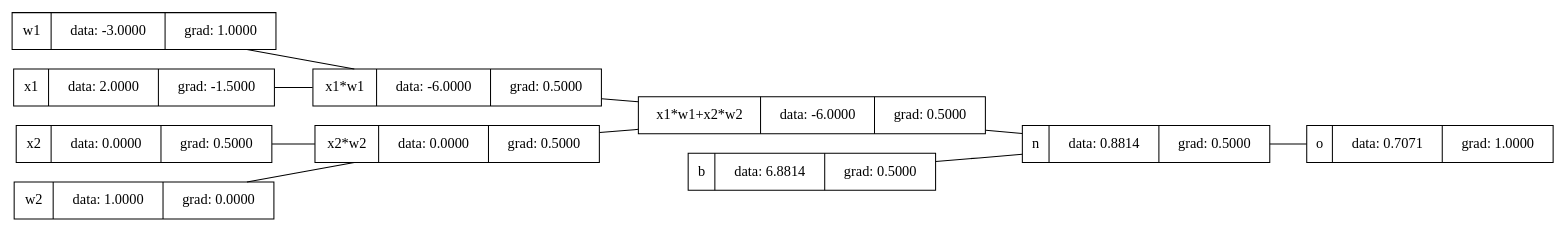
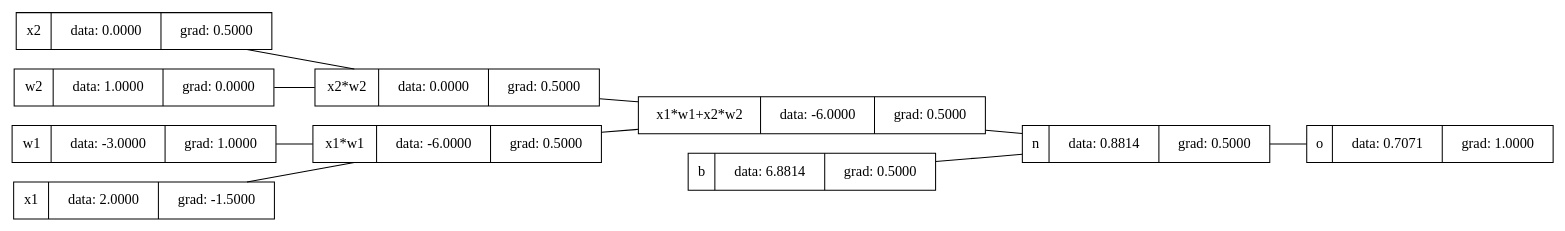
The diagram in graph/graph_o2.gv (iiam33/tiny-autograd), drawn with Graphviz before and after one commit. The commit also changed 2 other files, not shown here.

```diff
--- a/graph/graph_o2.gv
+++ b/graph/graph_o2.gv
@@ -1,22 +1,22 @@
 graph {
 	graph [rankdir=LR]
-	140640766301840 [label="{o | data: 0.7071 | grad: 1.0000}" shape=record]
-	140640769846928 [label="{w1 | data: -3.0000 | grad: 1.0000}" shape=record]
-	140640766301360 [label="{x1*w1+x2*w2 | data: -6.0000 | grad: 0.5000}" shape=record]
-	140640769850576 [label="{x2 | data: 0.0000 | grad: 0.5000}" shape=record]
-	140640766300880 [label="{x1*w1 | data: -6.0000 | grad: 0.5000}" shape=record]
-	140640769850672 [label="{x1 | data: 2.0000 | grad: -1.5000}" shape=record]
-	140640766300544 [label="{b | data: 6.8814 | grad: 0.5000}" shape=record]
-	140640766301600 [label="{n | data: 0.8814 | grad: 0.5000}" shape=record]
-	140640766300592 [label="{w2 | data: 1.0000 | grad: 0.0000}" shape=record]
-	140640766301120 [label="{x2*w2 | data: 0.0000 | grad: 0.5000}" shape=record]
-	140640766300544 -- 140640766301600
-	140640766300880 -- 140640766301360
-	140640769850672 -- 140640766300880
-	140640769846928 -- 140640766300880
-	140640766301360 -- 140640766301600
-	140640766300592 -- 140640766301120
-	140640766301600 -- 140640766301840
-	140640766301120 -- 140640766301360
-	140640769850576 -- 140640766301120
+	140647732314176 [label="{x2 | data: 0.0000 | grad: 0.5000}" shape=record]
+	140647728584864 [label="{o | data: 0.7071 | grad: 1.0000}" shape=record]
+	140647728584384 [label="{x1*w1+x2*w2 | data: -6.0000 | grad: 0.5000}" shape=record]
+	140647732314320 [label="{w1 | data: -3.0000 | grad: 1.0000}" shape=record]
+	140647728583904 [label="{x1*w1 | data: -6.0000 | grad: 0.5000}" shape=record]
+	140647732327808 [label="{x1 | data: 2.0000 | grad: -1.5000}" shape=record]
+	140647728583568 [label="{b | data: 6.8814 | grad: 0.5000}" shape=record]
+	140647728584624 [label="{n | data: 0.8814 | grad: 0.5000}" shape=record]
+	140647728583616 [label="{w2 | data: 1.0000 | grad: 0.0000}" shape=record]
+	140647728584144 [label="{x2*w2 | data: 0.0000 | grad: 0.5000}" shape=record]
+	140647728583904 -- 140647728584384
+	140647728584384 -- 140647728584624
+	140647728583616 -- 140647728584144
+	140647728584624 -- 140647728584864
+	140647732314320 -- 140647728583904
+	140647728584144 -- 140647728584384
+	140647728583568 -- 140647728584624
+	140647732327808 -- 140647728583904
+	140647732314176 -- 140647728584144
 }
```
